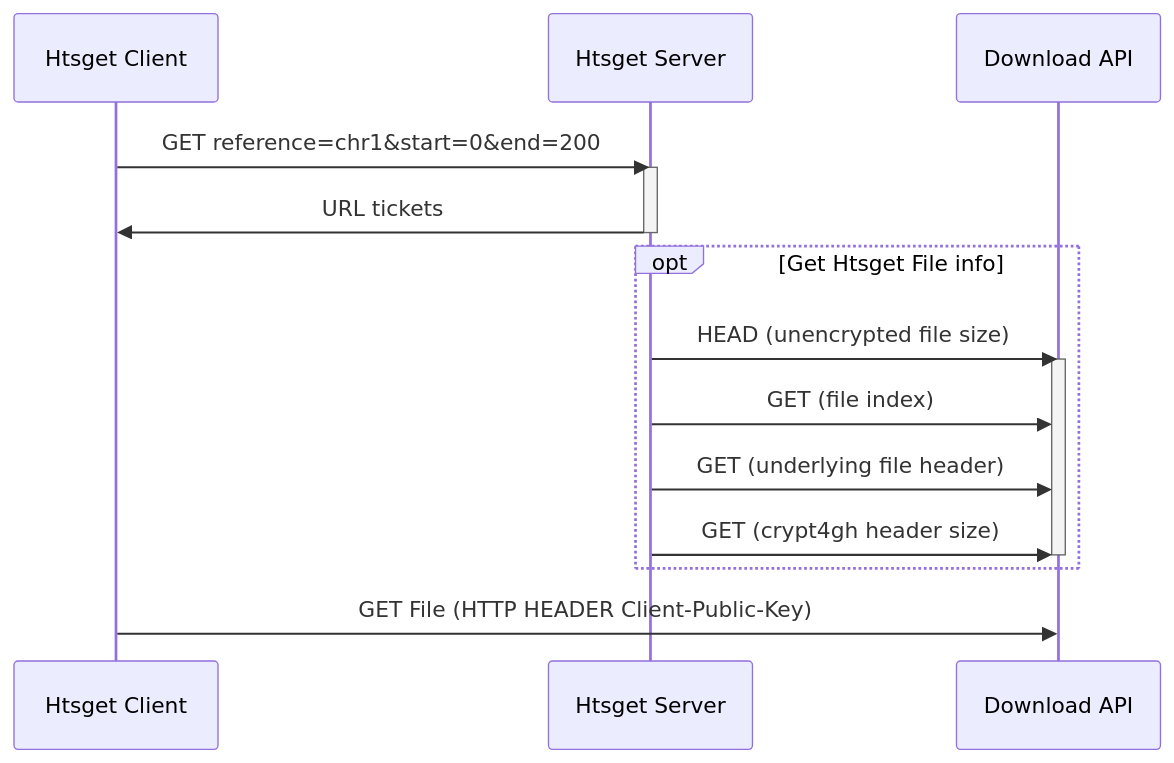
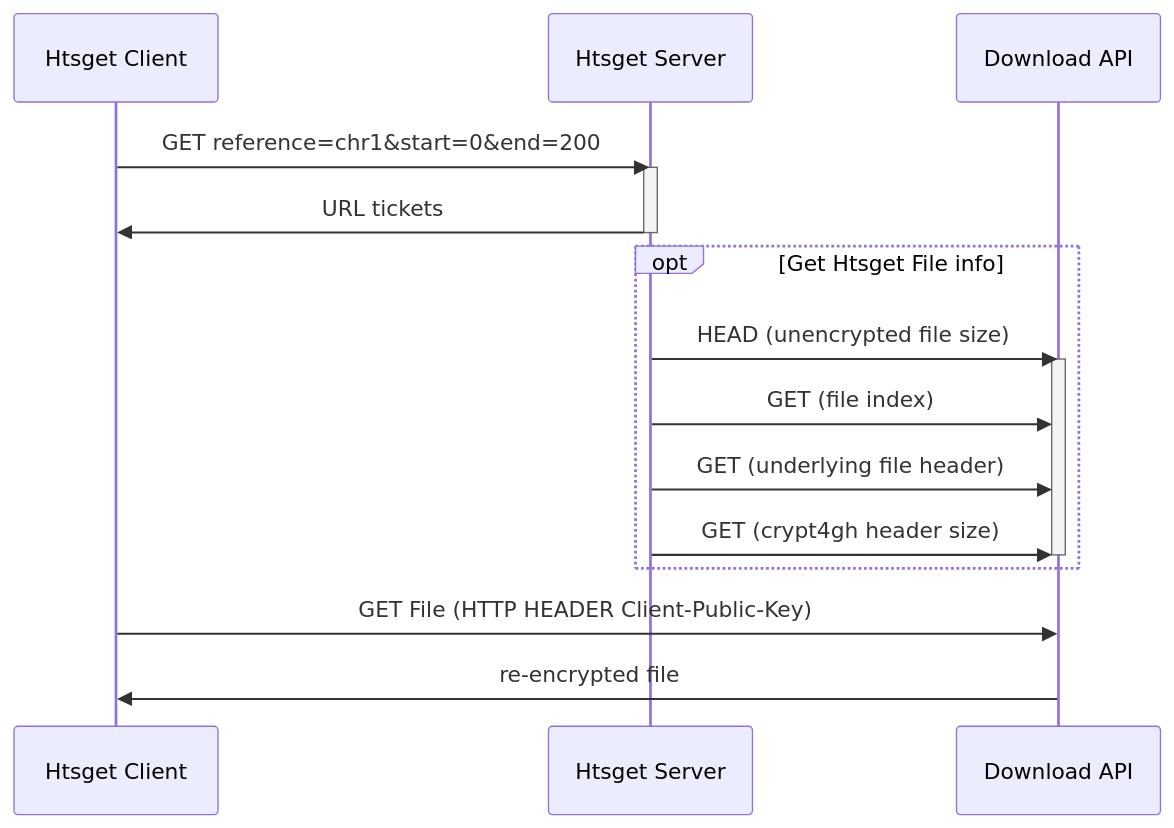
One commit to neicnordic/sda-download changed the first of 2 diagrams in biohackathon/paper.md. Above: the diagram before and after it, drawn with Mermaid.

Commit message:
line from download api to htsget-client

````diff
--- a/biohackathon/paper.md
+++ b/biohackathon/paper.md
@@ -104,16 +104,17 @@
 ```mermaid
 sequenceDiagram
     Htsget Client->>Htsget Server: GET reference=chr1&start=0&end=200
     activate Htsget Server
     Htsget Server->>Htsget Client: URL tickets
     deactivate Htsget Server
     opt Get Htsget File info
     Htsget Server->>Download API: HEAD (unencrypted file size)
     activate Download API
     Htsget Server->>Download API: GET (file index)
     Htsget Server->>Download API: GET (underlying file header)
     Htsget Server->>Download API: GET (crypt4gh header size)
     deactivate Download API
     end
     Htsget Client->>Download API: GET File (HTTP HEADER Client-Public-Key)
+    Download API->>Htsget Client: re-encrypted file
 ```
````
